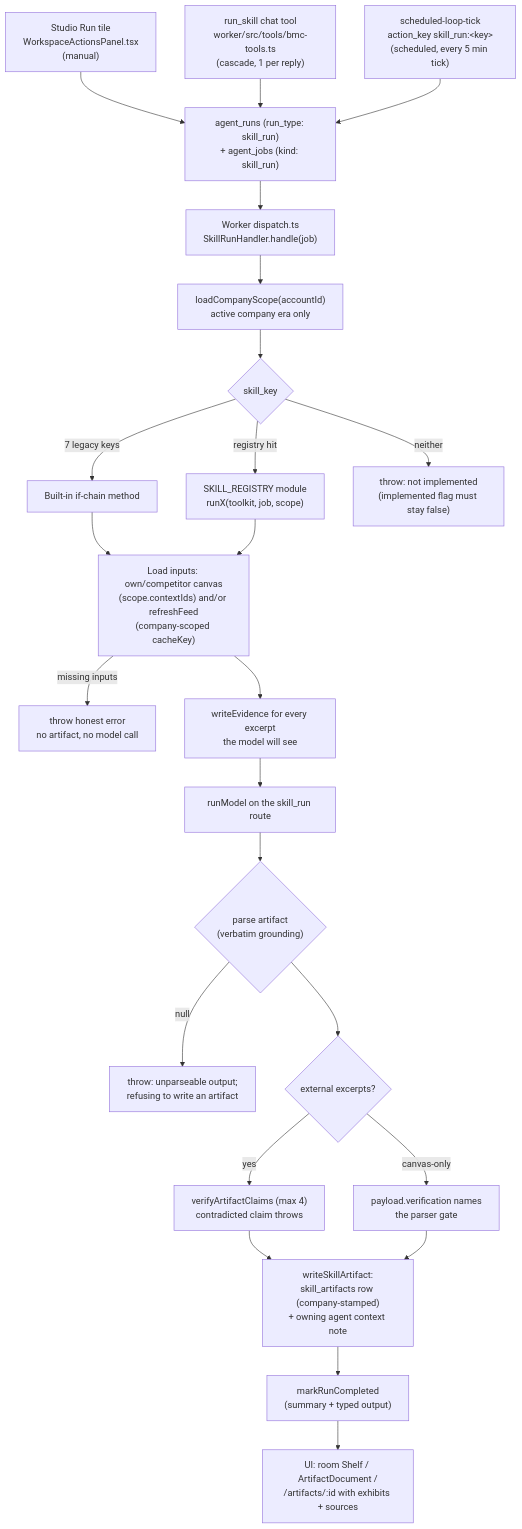
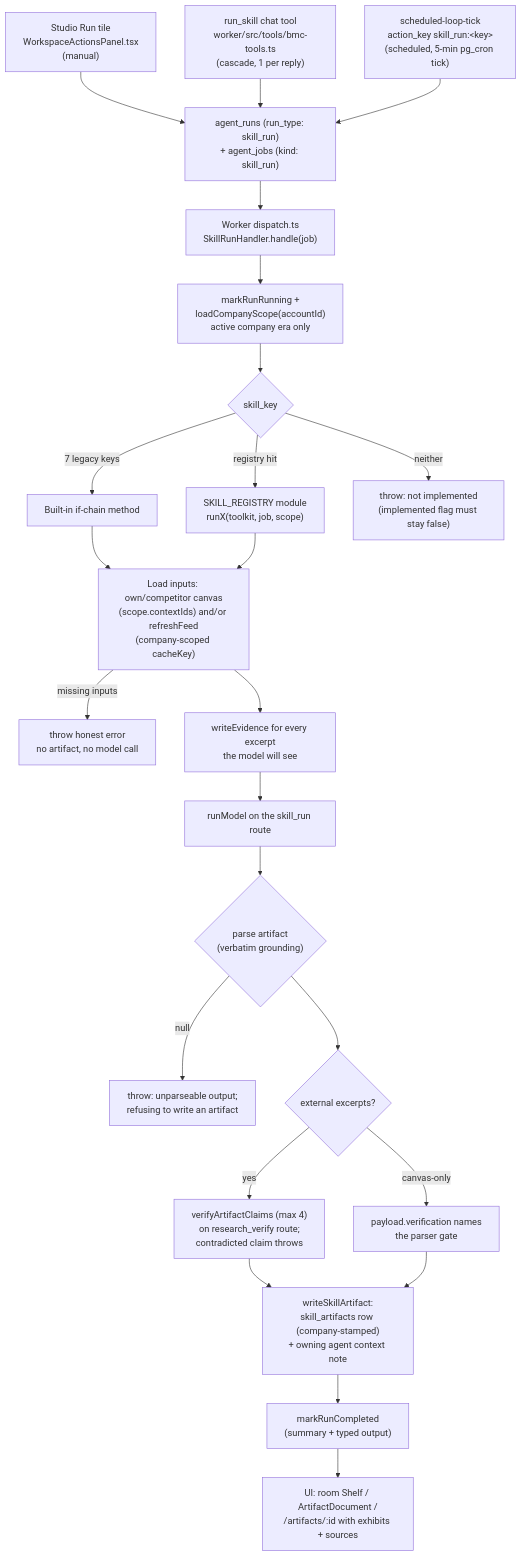
The diagram in docs/wiki/Skills.md (mattrob333/super-business-model-canvas), drawn with Mermaid before and after one commit. The commit also changed other lines of this file and 1 other file, not shown here.

````diff
--- a/docs/wiki/Skills.md
+++ b/docs/wiki/Skills.md
@@ -44,26 +116,26 @@
 ```mermaid
 flowchart TD
     A1["Studio Run tile<br/>WorkspaceActionsPanel.tsx<br/>(manual)"] --> B
     A2["run_skill chat tool<br/>worker/src/tools/bmc-tools.ts<br/>(cascade, 1 per reply)"] --> B
-    A3["scheduled-loop-tick<br/>action_key skill_run:&lt;key&gt;<br/>(scheduled, every 5 min tick)"] --> B
+    A3["scheduled-loop-tick<br/>action_key skill_run:&lt;key&gt;<br/>(scheduled, 5-min pg_cron tick)"] --> B
     B["agent_runs (run_type: skill_run)<br/>+ agent_jobs (kind: skill_run)"] --> C["Worker dispatch.ts<br/>SkillRunHandler.handle(job)"]
-    C --> D["loadCompanyScope(accountId)<br/>active company era only"]
+    C --> D["markRunRunning +<br/>loadCompanyScope(accountId)<br/>active company era only"]
     D --> E{skill_key}
     E -->|"7 legacy keys"| F["Built-in if-chain method"]
     E -->|"registry hit"| G["SKILL_REGISTRY module<br/>runX(toolkit, job, scope)"]
     E -->|"neither"| X["throw: not implemented<br/>(implemented flag must stay false)"]
     F --> H
     G --> H["Load inputs: own/competitor canvas<br/>(scope.contextIds) and/or refreshFeed<br/>(company-scoped cacheKey)"]
     H -->|"missing inputs"| X2["throw honest error<br/>no artifact, no model call"]
     H --> I["writeEvidence for every excerpt<br/>the model will see"]
     I --> J["runModel on the skill_run route"]
     J --> K{"parse artifact<br/>(verbatim grounding)"}
     K -->|null| X3["throw: unparseable output;<br/>refusing to write an artifact"]
     K --> L{"external excerpts?"}
-    L -->|yes| M["verifyArtifactClaims (max 4)<br/>contradicted claim throws"]
+    L -->|yes| M["verifyArtifactClaims (max 4)<br/>on research_verify route;<br/>contradicted claim throws"]
     L -->|"canvas-only"| N["payload.verification names<br/>the parser gate"]
     M --> O
     N --> O["writeSkillArtifact:<br/>skill_artifacts row (company-stamped)<br/>+ owning agent context note"]
     O --> P["markRunCompleted<br/>(summary + typed output)"]
     P --> Q["UI: room Shelf / ArtifactDocument /<br/>/artifacts/:id with exhibits + sources"]
 ```
````
